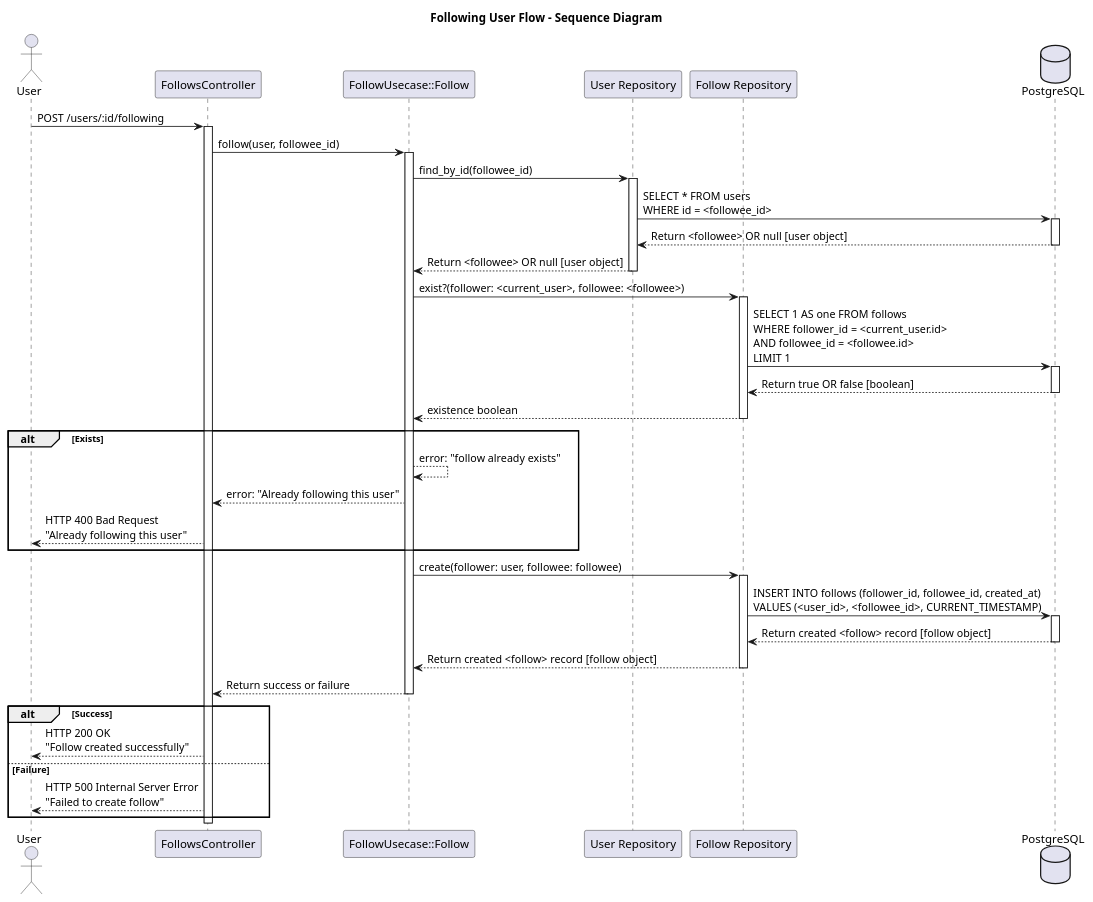
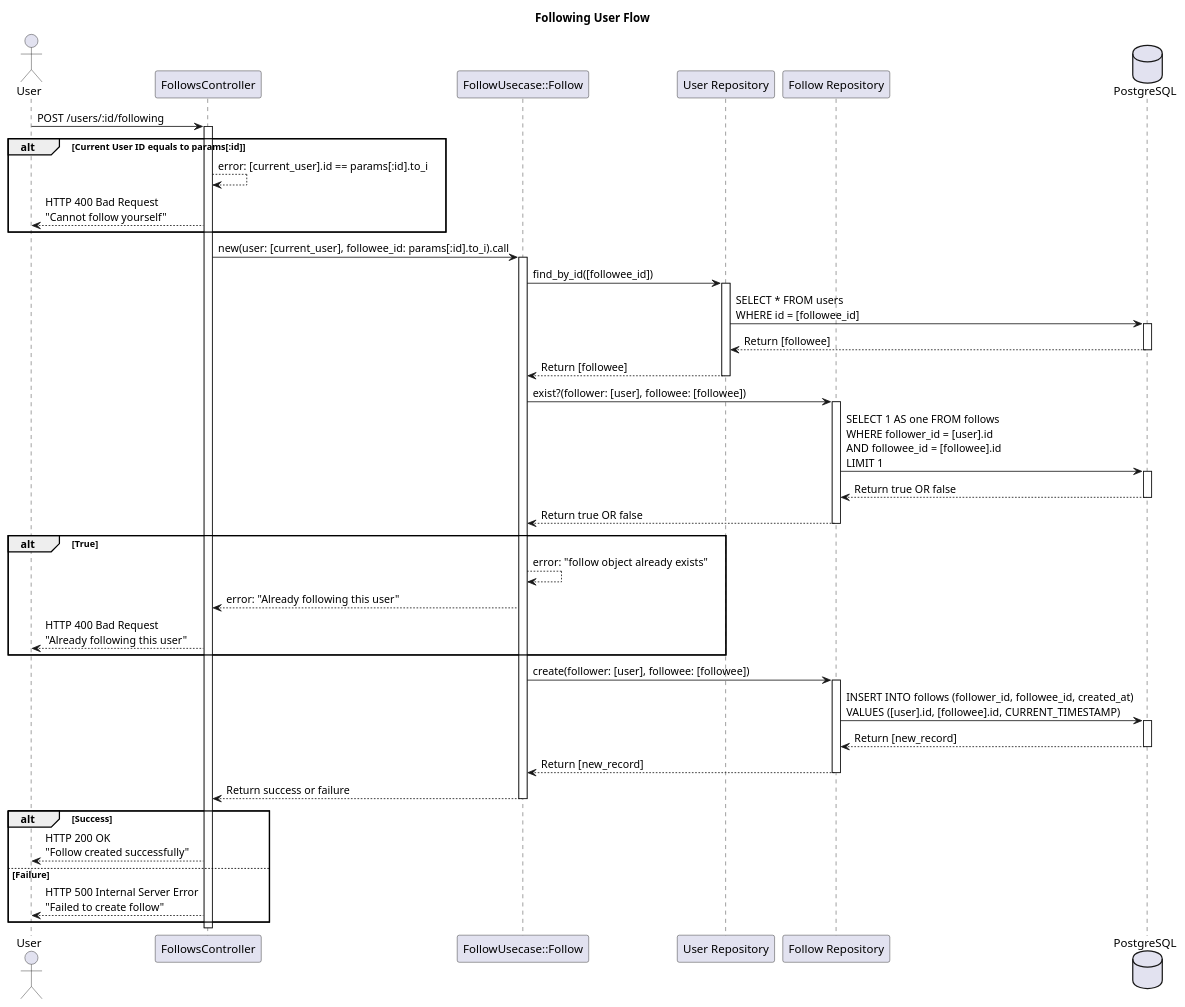
Before and after one commit to wisnuaga/good-night: the diagram in docs/diagram/FollowingUserFlow.plantuml, drawn with PlantUML. The commit also changed 5 other files, not shown here.

Commit message:
Refactor: fix consistancy on diagram

```diff
--- a/docs/diagram/FollowingUserFlow.plantuml
+++ b/docs/diagram/FollowingUserFlow.plantuml
@@ -1,60 +1,65 @@
 @startuml FollowingUserFlow
-title Following User Flow - Sequence Diagram
+title Following User Flow
 
 ' Define actors and components
 actor User
 participant "FollowsController" as Controller
 participant "FollowUsecase::Follow" as Usecase
 participant "User Repository" as UserRepository
 participant "Follow Repository" as FollowRepository
 database "PostgreSQL" as DB
 
 User -> Controller: POST /users/:id/following
 activate Controller
 
-Controller -> Usecase: follow(user, followee_id)
+alt Current User ID equals to params[:id]
+    Controller --> Controller: error: [current_user].id == params[:id].to_i
+    Controller --> User: HTTP 400 Bad Request\n"Cannot follow yourself"
+end
+
+Controller -> Usecase: new(user: [current_user], followee_id: params[:id].to_i).call
 activate Usecase
 
-Usecase -> UserRepository: find_by_id(followee_id)
+Usecase -> UserRepository: find_by_id([followee_id])
 activate UserRepository
-UserRepository -> DB: SELECT * FROM users\nWHERE id = <followee_id>
+UserRepository -> DB: SELECT * FROM users\nWHERE id = [followee_id]
 activate DB
-DB --> UserRepository: Return <followee> OR null [user object]
+DB --> UserRepository: Return [followee]
 deactivate DB
-UserRepository --> Usecase: Return <followee> OR null [user object]
+UserRepository --> Usecase: Return [followee]
 deactivate UserRepository
 
-Usecase -> FollowRepository: exist?(follower: <current_user>, followee: <followee>)
+Usecase -> FollowRepository: exist?(follower: [user], followee: [followee])
 activate FollowRepository
-FollowRepository -> DB: SELECT 1 AS one FROM follows\nWHERE follower_id = <current_user.id>\nAND followee_id = <followee.id>\nLIMIT 1
+FollowRepository -> DB: SELECT 1 AS one FROM follows\nWHERE follower_id = [user].id\nAND followee_id = [followee].id\nLIMIT 1
 activate DB
-DB --> FollowRepository: Return true OR false [boolean]
+DB --> FollowRepository: Return true OR false
 deactivate DB
-FollowRepository --> Usecase: existence boolean
+FollowRepository --> Usecase: Return true OR false
 deactivate FollowRepository
 
-alt Exists
-    Usecase --> Usecase: error: "follow already exists"
+alt True
+    Usecase --> Usecase: error: "follow object already exists"
     Usecase --> Controller: error: "Already following this user"
     Controller --> User: HTTP 400 Bad Request\n"Already following this user"
 end
 
-Usecase -> FollowRepository: create(follower: user, followee: followee)
+Usecase -> FollowRepository: create(follower: [user], followee: [followee])
 activate FollowRepository
-FollowRepository -> DB: INSERT INTO follows (follower_id, followee_id, created_at)\nVALUES (<user_id>, <followee_id>, CURRENT_TIMESTAMP)
+FollowRepository -> DB: INSERT INTO follows (follower_id, followee_id, created_at)\nVALUES ([user].id, [followee].id, CURRENT_TIMESTAMP)
 activate DB
-DB --> FollowRepository: Return created <follow> record [follow object]
+DB --> FollowRepository: Return [new_record]
 deactivate DB
-FollowRepository --> Usecase: Return created <follow> record [follow object]
+FollowRepository --> Usecase: Return [new_record]
 deactivate FollowRepository
 Usecase --> Controller: Return success or failure
 deactivate Usecase
 
 alt Success    
     Controller --> User: HTTP 200 OK\n"Follow created successfully"
 else Failure
     Controller --> User: HTTP 500 Internal Server Error\n"Failed to create follow"
 end
 deactivate Controller
 
 @enduml
```
